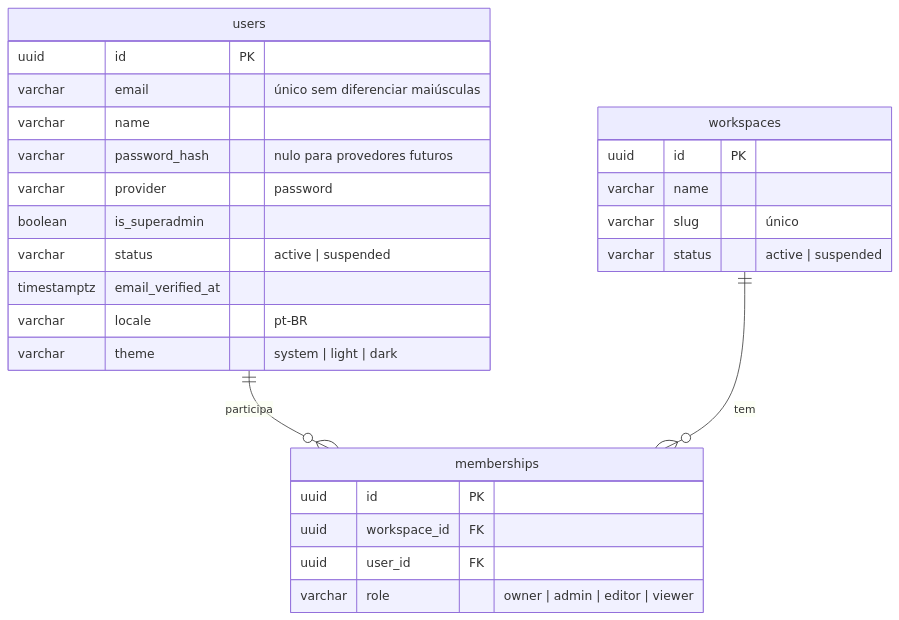
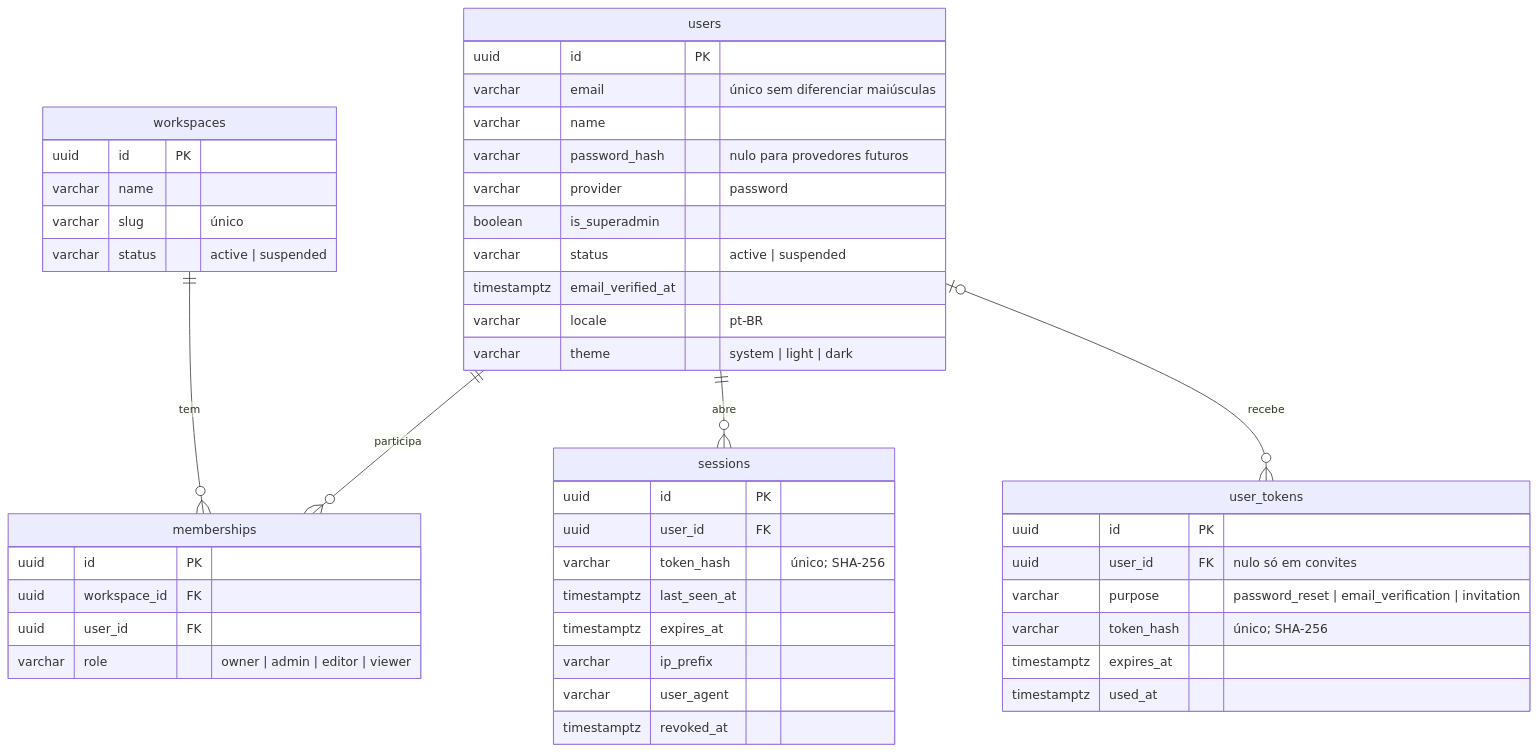
One commit to marcos14/KnoBridge changed the diagram in docs/specs/modelo-de-dados.md. Above: the diagram before and after it, drawn with Mermaid. The commit also changed other lines of this file and 38 other files, not shown here.

First line of the commit message:
feat(security): add password hashing, one-time tokens, server-side sessions and csrf [plano 0002 F1.2]

````diff
--- a/docs/specs/modelo-de-dados.md
+++ b/docs/specs/modelo-de-dados.md
@@ -27,29 +27,49 @@
 ```mermaid
 erDiagram
     users ||--o{ memberships : "participa"
     workspaces ||--o{ memberships : "tem"
+    users ||--o{ sessions : "abre"
+    users |o--o{ user_tokens : "recebe"
     users {
         uuid id PK
         varchar email "único sem diferenciar maiúsculas"
         varchar name
         varchar password_hash "nulo para provedores futuros"
         varchar provider "password"
         boolean is_superadmin
         varchar status "active | suspended"
         timestamptz email_verified_at
         varchar locale "pt-BR"
         varchar theme "system | light | dark"
     }
     workspaces {
         uuid id PK
         varchar name
         varchar slug "único"
         varchar status "active | suspended"
     }
     memberships {
         uuid id PK
         uuid workspace_id FK
         uuid user_id FK
         varchar role "owner | admin | editor | viewer"
     }
+    sessions {
+        uuid id PK
+        uuid user_id FK
+        varchar token_hash "único; SHA-256"
+        timestamptz last_seen_at
+        timestamptz expires_at
+        varchar ip_prefix
+        varchar user_agent
+        timestamptz revoked_at
+    }
+    user_tokens {
+        uuid id PK
+        uuid user_id FK "nulo só em convites"
+        varchar purpose "password_reset | email_verification | invitation"
+        varchar token_hash "único; SHA-256"
+        timestamptz expires_at
+        timestamptz used_at
+    }
 ```
````
